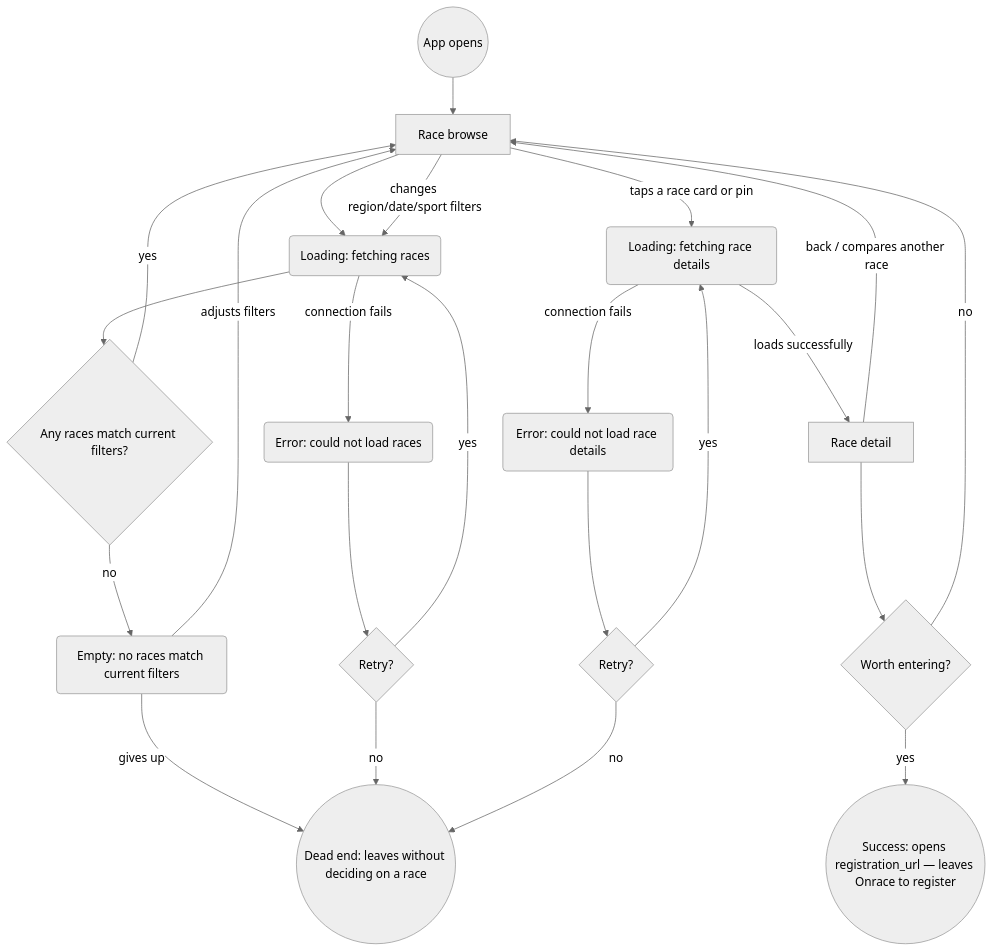
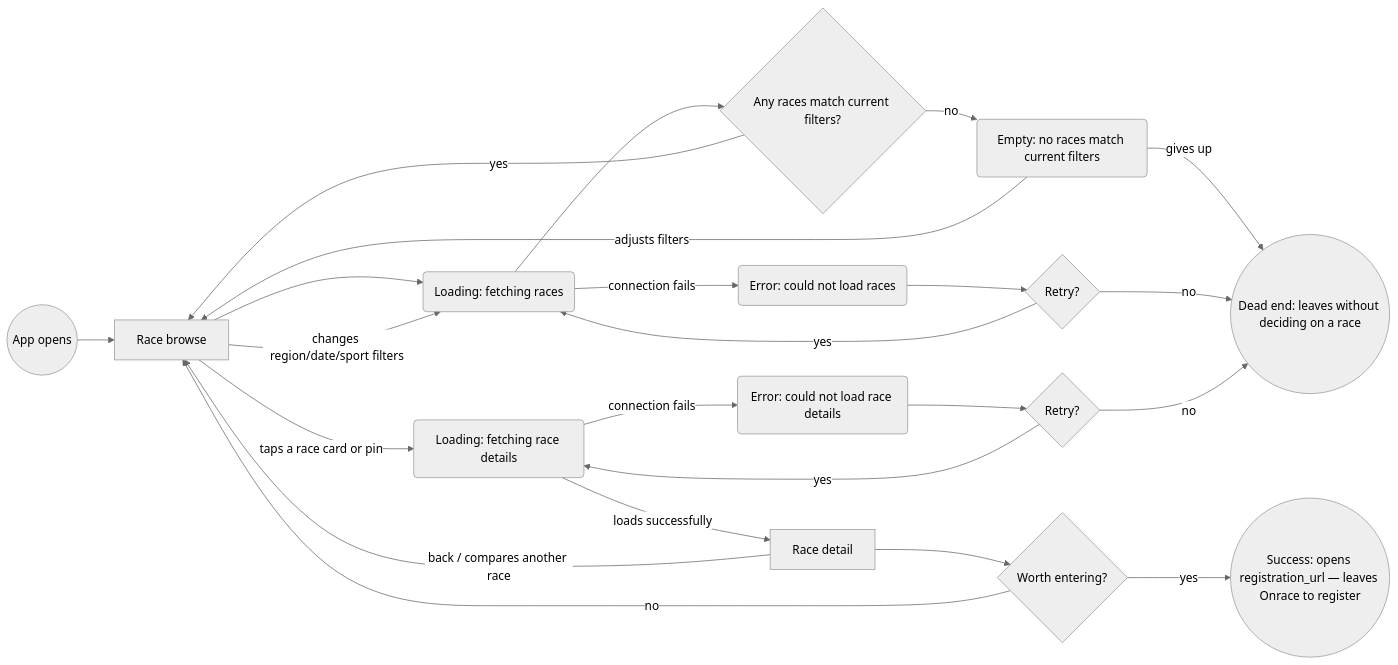
The first of 3 diagrams in flows.md (JuliaMakedonska/Onrace), drawn with Mermaid (neutral theme) before and after one commit. The commit also changed other lines of this file, not shown here.

First line of the commit message:
Switch Discovery flow to LR layout to fix arrow tangle

````diff
--- a/flows.md
+++ b/flows.md
@@ -29,25 +35,25 @@
 ```mermaid
-flowchart TD
+flowchart LR
     Start(("App opens")) --> Browse["Race browse"]
     Browse --> Loading("Loading: fetching races")
     Loading --> HasResults{"Any races match current filters?"}
     HasResults -->|"no"| Empty("Empty: no races match current filters")
     Empty -->|"adjusts filters"| Browse
     Empty -->|"gives up"| DeadEnd1(("Dead end: leaves without deciding on a race"))
     HasResults -->|"yes"| Browse
     Loading -->|"connection fails"| FetchError("Error: could not load races")
     FetchError --> FetchRetry{"Retry?"}
     FetchRetry -->|"yes"| Loading
     FetchRetry -->|"no"| DeadEnd1
     Browse -->|"changes region/date/sport filters"| Loading
     Browse -->|"taps a race card or pin"| DetailLoading("Loading: fetching race details")
     DetailLoading -->|"loads successfully"| Detail["Race detail"]
     DetailLoading -->|"connection fails"| DetailError("Error: could not load race details")
     DetailError --> DetailRetry{"Retry?"}
     DetailRetry -->|"yes"| DetailLoading
     DetailRetry -->|"no"| DeadEnd1
     Detail -->|"back / compares another race"| Browse
     Detail --> WantsToEnter{"Worth entering?"}
     WantsToEnter -->|"yes"| Success(("Success: opens registration_url — leaves Onrace to register"))
     WantsToEnter -->|"no"| Browse
 ```
````
